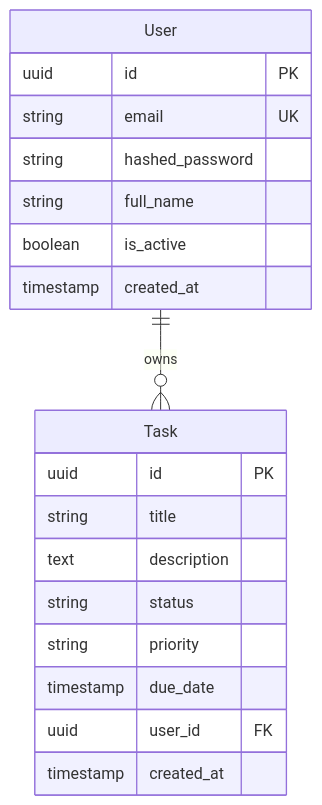
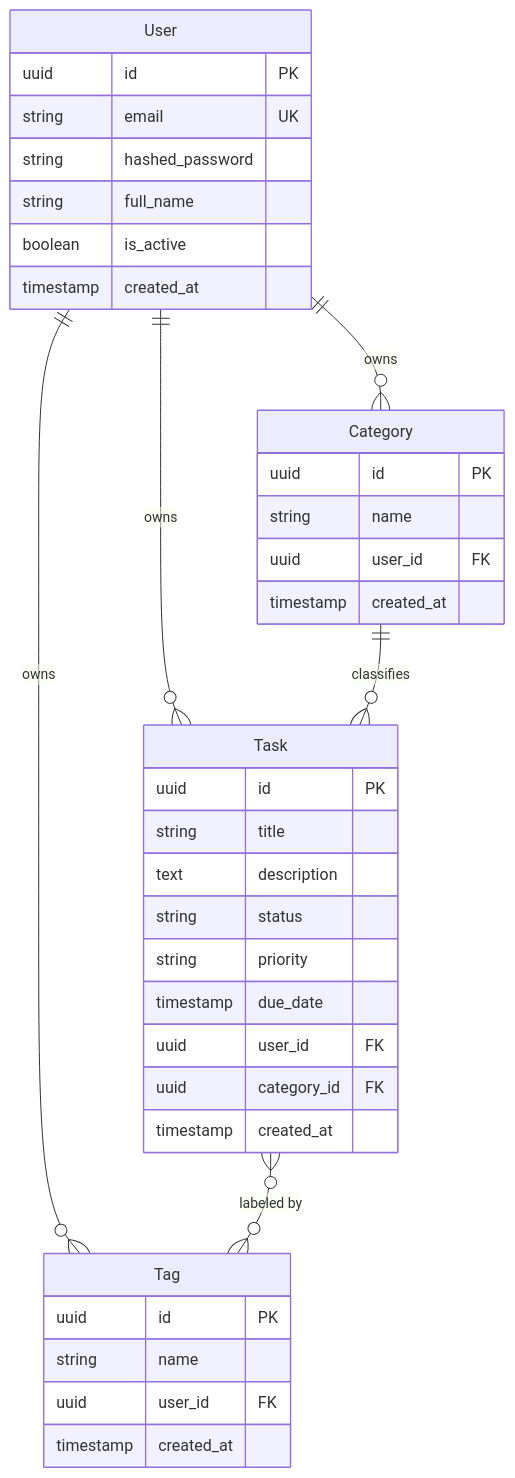
Before and after one commit to nandakumar-nandu/TaskFlowAPI: the first of 5 diagrams in README.md, drawn with Mermaid. The commit also changed other lines of this file and 19 other files, not shown here.

````diff
--- a/README.md
+++ b/README.md
@@ -22,22 +22,40 @@
 ```mermaid
 erDiagram
     User ||--o{ Task : "owns"
+    User ||--o{ Category : "owns"
+    User ||--o{ Tag : "owns"
+    Category ||--o{ Task : "classifies"
+    Task }o--o{ Tag : "labeled by"
+
     User {
         uuid id PK
         string email UK
         string hashed_password
         string full_name
         boolean is_active
         timestamp created_at
     }
     Task {
         uuid id PK
         string title
         text description
         string status
         string priority
         timestamp due_date
         uuid user_id FK
+        uuid category_id FK
+        timestamp created_at
+    }
+    Category {
+        uuid id PK
+        string name
+        uuid user_id FK
+        timestamp created_at
+    }
+    Tag {
+        uuid id PK
+        string name
+        uuid user_id FK
         timestamp created_at
     }
 ```
````
